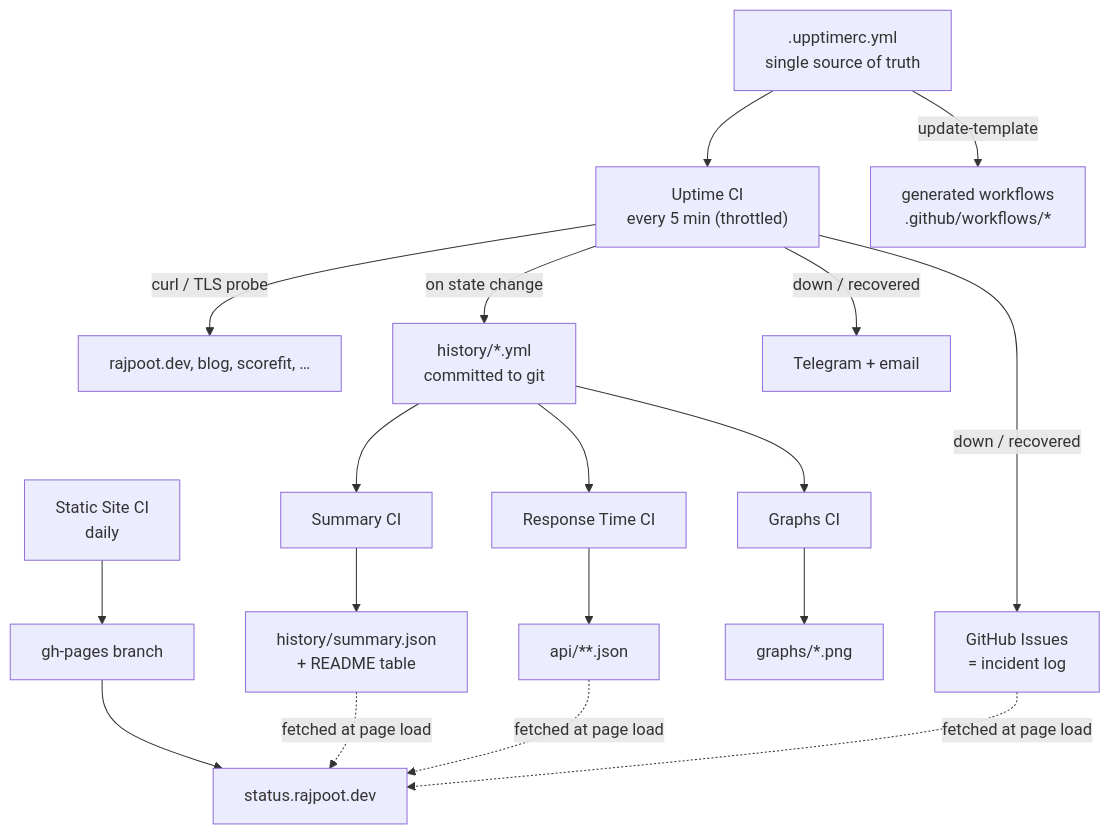
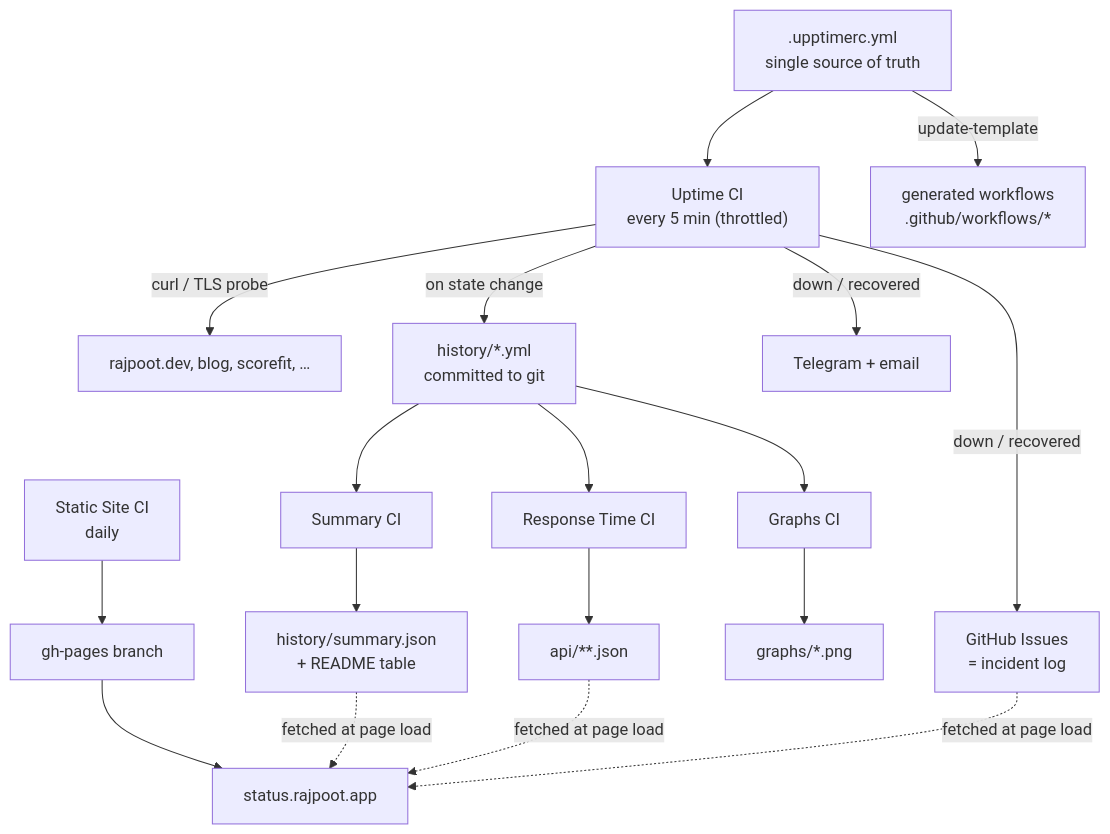
One commit to AlzyWelzy/upptime changed the diagram in docs/ARCHITECTURE.md. Above: the diagram before and after it, drawn with Mermaid. The commit also changed 4 other files, not shown here.

First line of the commit message:
Fix rajpoot.me monitor, move status page to status.rajpoot.app

````diff
--- a/docs/ARCHITECTURE.md
+++ b/docs/ARCHITECTURE.md
@@ -9,20 +9,20 @@
 ```mermaid
 flowchart TD
     CFG[".upptimerc.yml<br/>single source of truth"] --> UPT["Uptime CI<br/>every 5 min (throttled)"]
     CFG -->|update-template| WF["generated workflows<br/>.github/workflows/*"]
 
     UPT -->|curl / TLS probe| SVC["rajpoot.dev, blog, scorefit, …"]
     UPT -->|on state change| HIST["history/*.yml<br/>committed to git"]
     UPT -->|down / recovered| ISS["GitHub Issues<br/>= incident log"]
     UPT -->|down / recovered| NOTIF["Telegram + email"]
 
     HIST --> SUM["Summary CI"] --> SJ["history/summary.json<br/>+ README table"]
     HIST --> RT["Response Time CI"] --> API["api/**.json"]
     HIST --> GR["Graphs CI"] --> PNG["graphs/*.png"]
 
     SITE["Static Site CI<br/>daily"] --> GHP["gh-pages branch"]
-    GHP --> PAGE["status.rajpoot.dev"]
+    GHP --> PAGE["status.rajpoot.app"]
     SJ -.->|fetched at page load| PAGE
     API -.->|fetched at page load| PAGE
     ISS -.->|fetched at page load| PAGE
 ```
````
